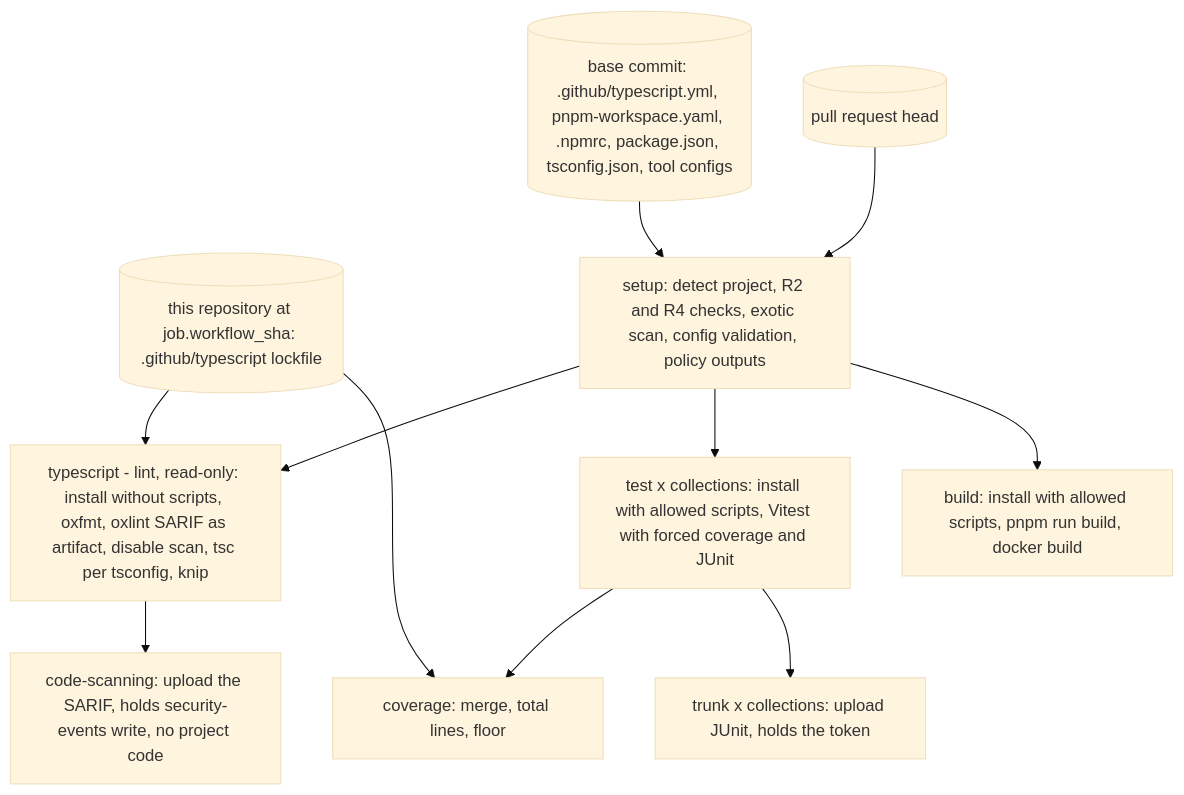
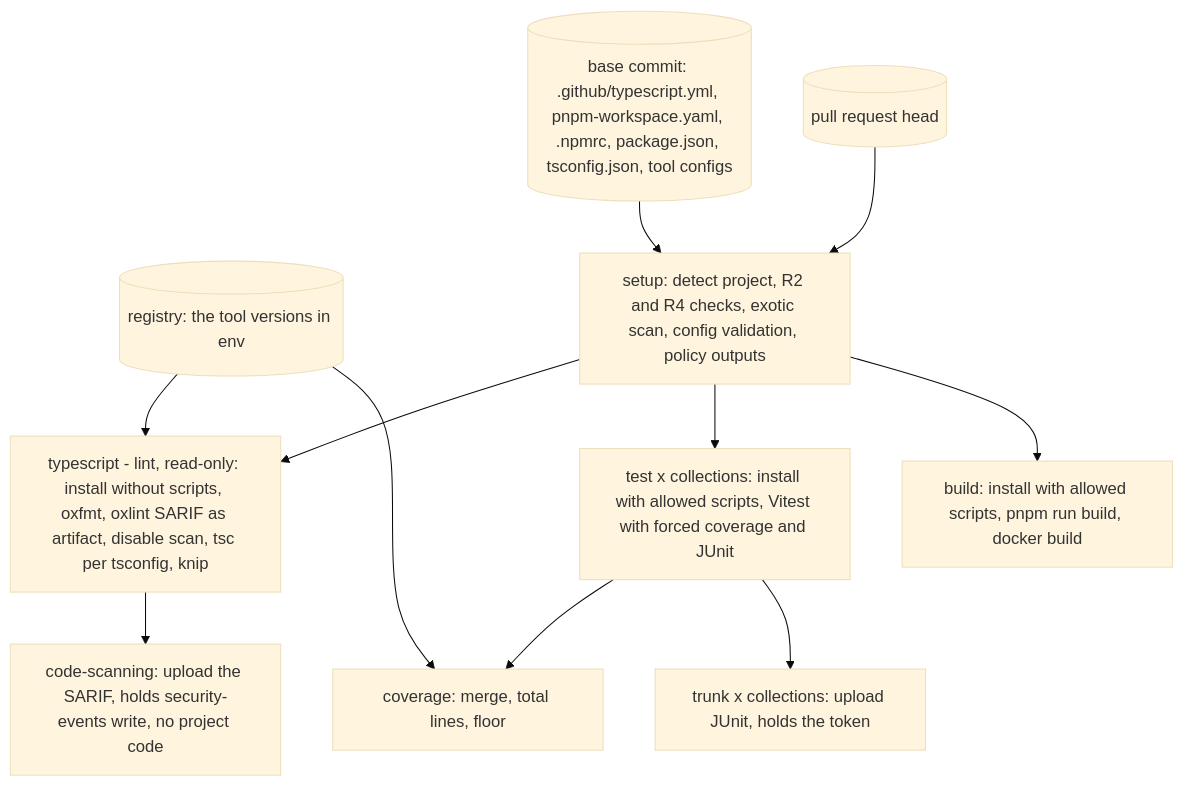
The diagram in docs/plans/2026-10-15-1328-feat-typescript-checks-plan.md (thatsnotmynameio/github-actions), drawn with Mermaid (base theme) before and after one commit. The commit also changed other lines of this file and 9 other files, not shown here.

First line of the commit message:
refactor: pin the TypeScript checks' tools in env, as python.yml does

````diff
--- a/docs/plans/2026-10-15-1328-feat-typescript-checks-plan.md
+++ b/docs/plans/2026-10-15-1328-feat-typescript-checks-plan.md
@@ -204,23 +204,23 @@
 ```mermaid
 flowchart TB
   base[(base commit: .github/typescript.yml, pnpm-workspace.yaml, .npmrc, package.json, tsconfig.json, tool configs)]
   head[(pull request head)]
-  tools[(this repository at job.workflow_sha: .github/typescript lockfile)]
+  tools[(registry: the tool versions in env)]
   setup[setup: detect project, R2 and R4 checks, exotic scan, config validation, policy outputs]
   lint[typescript - lint, read-only: install without scripts, oxfmt, oxlint SARIF as artifact, disable scan, tsc per tsconfig, knip]
   scan[code-scanning: upload the SARIF, holds security-events write, no project code]
   test[test x collections: install with allowed scripts, Vitest with forced coverage and JUnit]
   cov[coverage: merge, total lines, floor]
   trunk[trunk x collections: upload JUnit, holds the token]
   build[build: install with allowed scripts, pnpm run build, docker build]
   base --> setup
   head --> setup
   setup --> lint
   setup --> test
   setup --> build
   tools --> lint
   lint --> scan
   tools --> cov
   test --> cov
   test --> trunk
 ```
````
